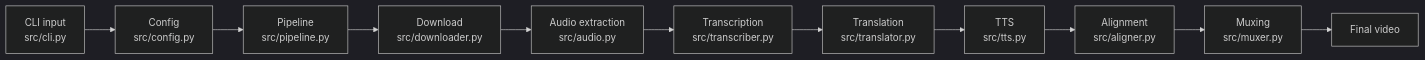
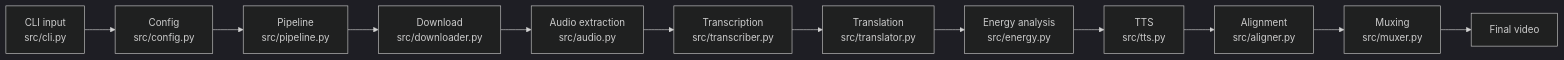
One commit to ayushkumar320/AutoVid changed the diagram in docs/08-code-explanation-interview.md. Above: the diagram before and after it, drawn with Mermaid (dark theme). The commit also changed other lines of this file and 10 other files, not shown here.

Commit message:
add expressive tts energy profiles

````diff
--- a/docs/08-code-explanation-interview.md
+++ b/docs/08-code-explanation-interview.md
@@ -11,13 +11,14 @@
 ```mermaid
 flowchart LR
     A["CLI input<br/>src/cli.py"] --> B["Config<br/>src/config.py"]
     B --> C["Pipeline<br/>src/pipeline.py"]
     C --> D["Download<br/>src/downloader.py"]
     D --> E["Audio extraction<br/>src/audio.py"]
     E --> F["Transcription<br/>src/transcriber.py"]
     F --> G["Translation<br/>src/translator.py"]
-    G --> H["TTS<br/>src/tts.py"]
-    H --> I["Alignment<br/>src/aligner.py"]
-    I --> J["Muxing<br/>src/muxer.py"]
+    G --> H["Energy analysis<br/>src/energy.py"]
+    H --> I["TTS<br/>src/tts.py"]
+    I --> L["Alignment<br/>src/aligner.py"]
+    L --> J["Muxing<br/>src/muxer.py"]
     J --> K["Final video"]
 ```
````
